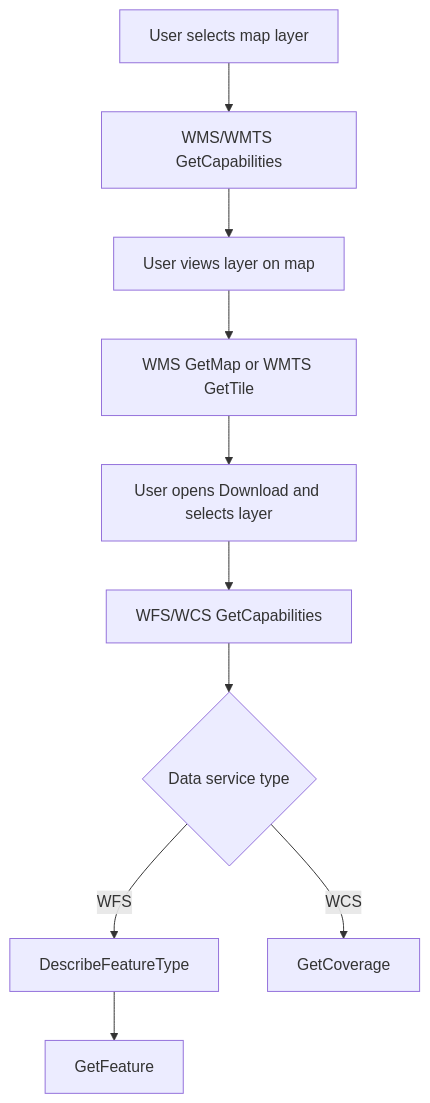
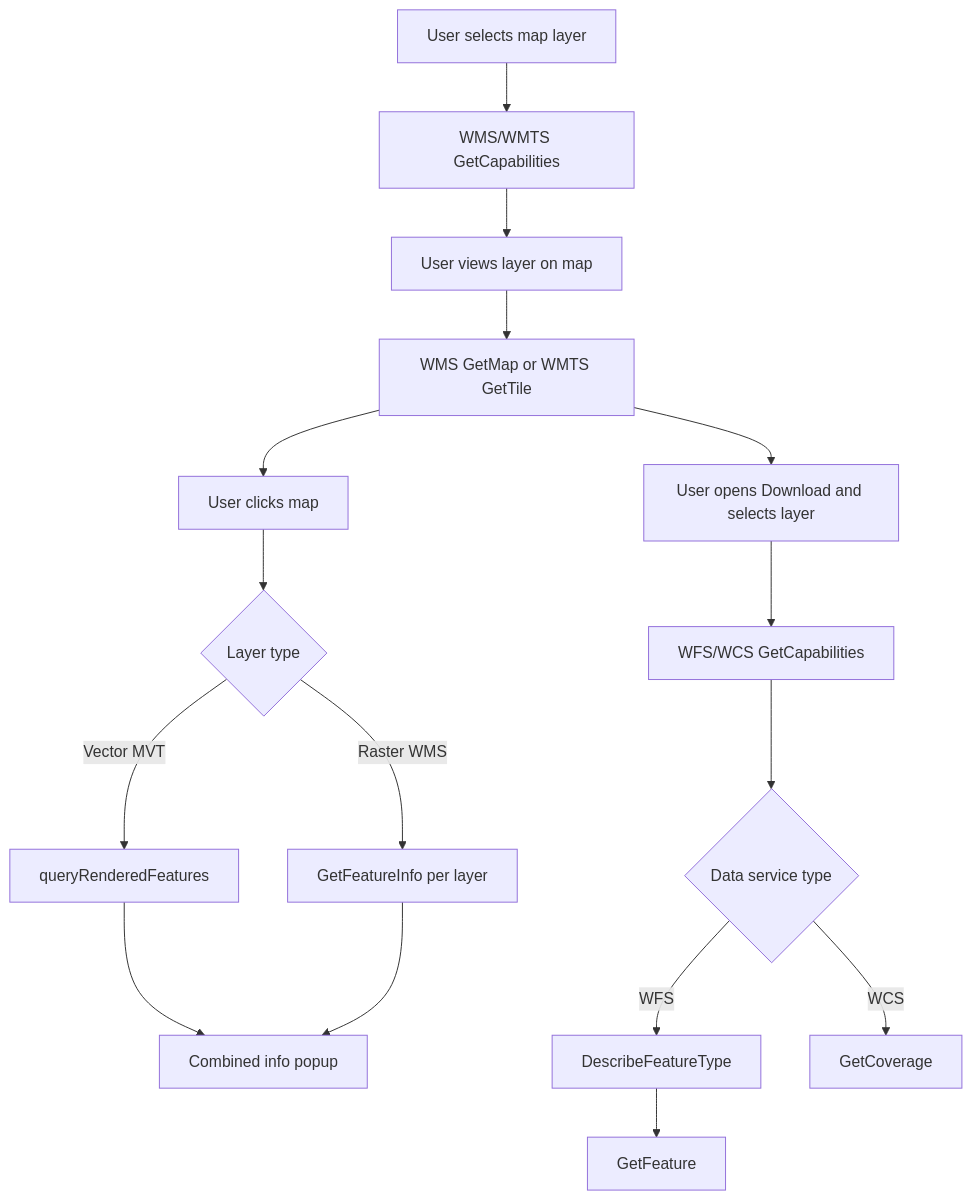
One commit to openearth/rws-viewer changed the diagram in README.md. Above: the diagram before and after it, drawn with Mermaid. The commit also changed other lines of this file and 3 other files, not shown here.

Commit message:
Implement combined information popup at click

````diff
--- a/README.md
+++ b/README.md
@@ -147,12 +168,18 @@
 ```mermaid
 flowchart TD
   A[User selects map layer] --> B[WMS/WMTS GetCapabilities]
   B --> C[User views layer on map]
   C --> D[WMS GetMap or WMTS GetTile]
+  D --> K[User clicks map]
+  K --> L{Layer type}
+  L -->|Vector MVT| M[queryRenderedFeatures]
+  L -->|Raster WMS| N[GetFeatureInfo per layer]
+  M --> O[Combined info popup]
+  N --> O
   D --> E[User opens Download and selects layer]
   E --> F[WFS/WCS GetCapabilities]
   F --> G{Data service type}
   G -->|WFS| H[DescribeFeatureType]
   H --> I[GetFeature]
   G -->|WCS| J[GetCoverage]
 ```
````
